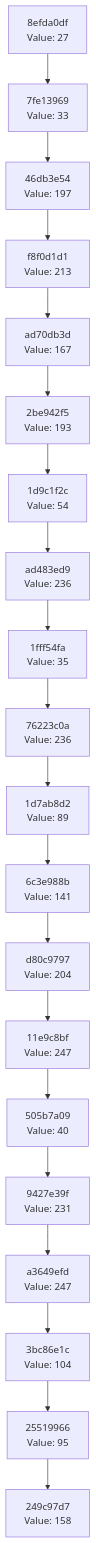
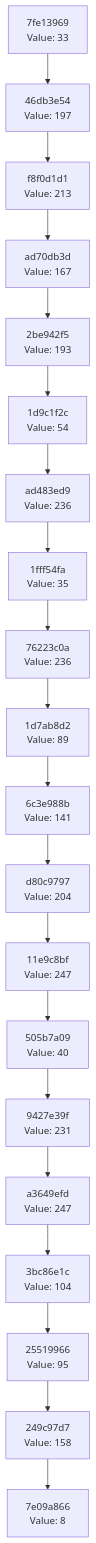
The diagram in docs/CHAIN_VISUALIZATION.md (Abhisheksinha1506/hash-chain-evolver), drawn with Mermaid before and after one commit. The commit also changed 2 other files, not shown here.

Commit message:
Evolution Step

````diff
--- a/docs/CHAIN_VISUALIZATION.md
+++ b/docs/CHAIN_VISUALIZATION.md
@@ -3,42 +3,42 @@
 ```mermaid
 graph TD
-    C0["249c97d7<br/>Value: 158"]
-    C1["25519966<br/>Value: 95"]
+    C0["7e09a866<br/>Value: 8"]
+    C1["249c97d7<br/>Value: 158"]
     C1 --> C0
-    C2["3bc86e1c<br/>Value: 104"]
+    C2["25519966<br/>Value: 95"]
     C2 --> C1
-    C3["a3649efd<br/>Value: 247"]
+    C3["3bc86e1c<br/>Value: 104"]
     C3 --> C2
-    C4["9427e39f<br/>Value: 231"]
+    C4["a3649efd<br/>Value: 247"]
     C4 --> C3
-    C5["505b7a09<br/>Value: 40"]
+    C5["9427e39f<br/>Value: 231"]
     C5 --> C4
-    C6["11e9c8bf<br/>Value: 247"]
+    C6["505b7a09<br/>Value: 40"]
     C6 --> C5
-    C7["d80c9797<br/>Value: 204"]
+    C7["11e9c8bf<br/>Value: 247"]
     C7 --> C6
-    C8["6c3e988b<br/>Value: 141"]
+    C8["d80c9797<br/>Value: 204"]
     C8 --> C7
-    C9["1d7ab8d2<br/>Value: 89"]
+    C9["6c3e988b<br/>Value: 141"]
     C9 --> C8
-    C10["76223c0a<br/>Value: 236"]
+    C10["1d7ab8d2<br/>Value: 89"]
     C10 --> C9
-    C11["1fff54fa<br/>Value: 35"]
+    C11["76223c0a<br/>Value: 236"]
     C11 --> C10
-    C12["ad483ed9<br/>Value: 236"]
+    C12["1fff54fa<br/>Value: 35"]
     C12 --> C11
-    C13["1d9c1f2c<br/>Value: 54"]
+    C13["ad483ed9<br/>Value: 236"]
     C13 --> C12
-    C14["2be942f5<br/>Value: 193"]
+    C14["1d9c1f2c<br/>Value: 54"]
     C14 --> C13
-    C15["ad70db3d<br/>Value: 167"]
+    C15["2be942f5<br/>Value: 193"]
     C15 --> C14
-    C16["f8f0d1d1<br/>Value: 213"]
+    C16["ad70db3d<br/>Value: 167"]
     C16 --> C15
-    C17["46db3e54<br/>Value: 197"]
+    C17["f8f0d1d1<br/>Value: 213"]
     C17 --> C16
-    C18["7fe13969<br/>Value: 33"]
+    C18["46db3e54<br/>Value: 197"]
     C18 --> C17
-    C19["8efda0df<br/>Value: 27"]
+    C19["7fe13969<br/>Value: 33"]
     C19 --> C18
 ```
````
